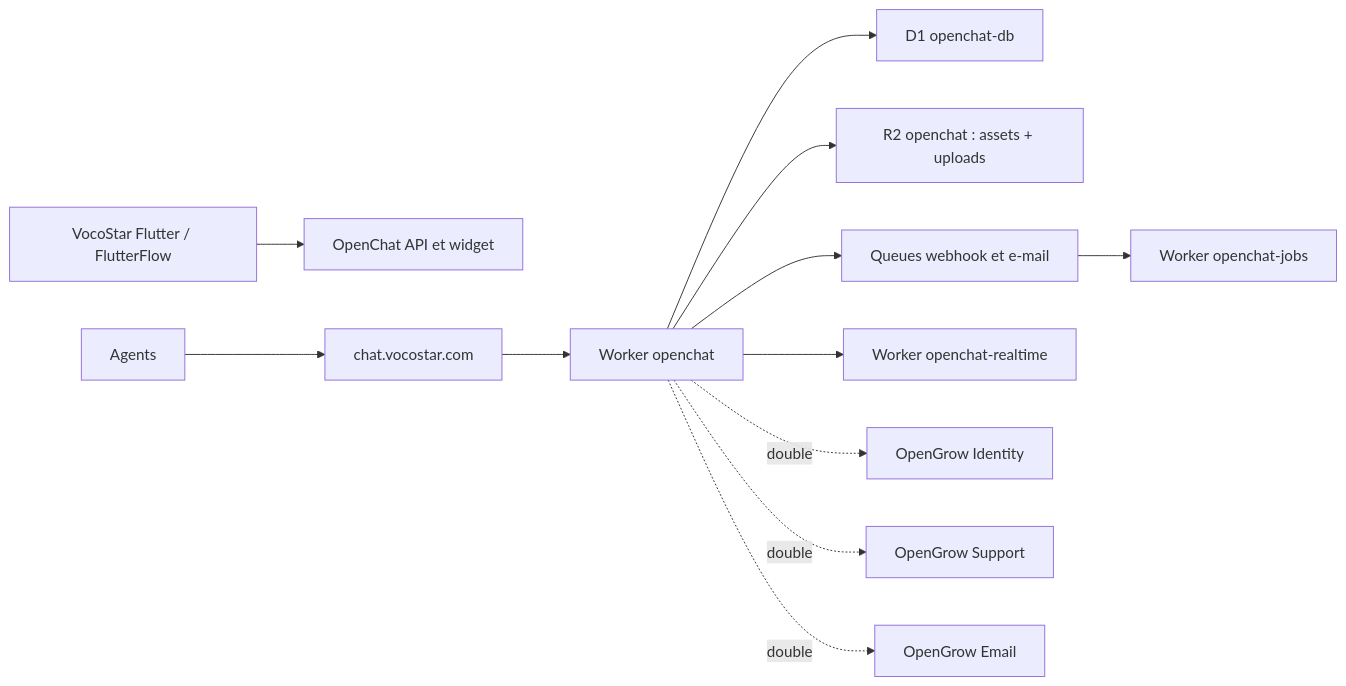
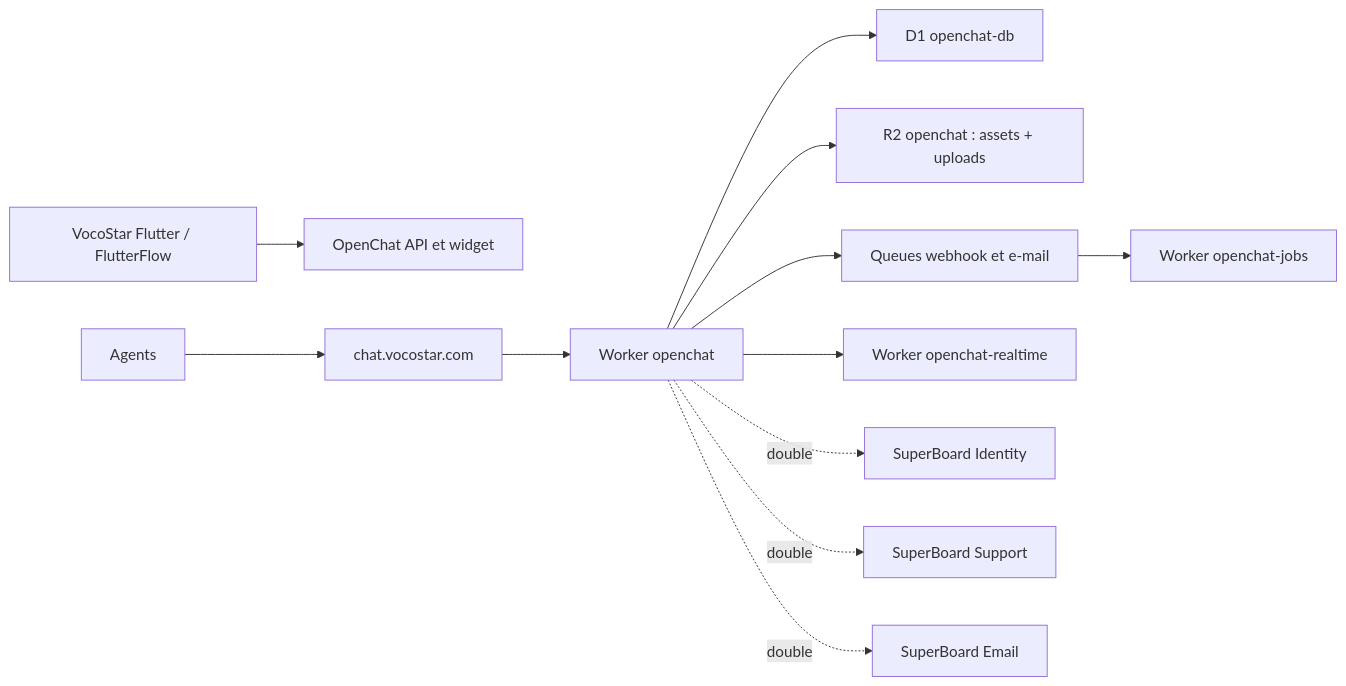
One commit to mabzadev/superboard changed the first of 2 diagrams in docs/OPENCHAT_SUPPORT_CONVERGENCE.md. Above: the diagram before and after it, drawn with Mermaid. The commit also changed other lines of this file and 528 other files, not shown here.

First line of the commit message:
feat: migrate OpenGrow platform to SuperBoard

````diff
--- a/docs/OPENCHAT_SUPPORT_CONVERGENCE.md
+++ b/docs/OPENCHAT_SUPPORT_CONVERGENCE.md
@@ -113,14 +113,14 @@
 ```mermaid
 flowchart LR
   mobile["VocoStar Flutter / FlutterFlow"] --> legacy["OpenChat API et widget"]
   agents["Agents"] --> chat["chat.vocostar.com"]
   chat --> app["Worker openchat"]
   app --> db["D1 openchat-db"]
   app --> r2["R2 openchat : assets + uploads"]
   app --> q1["Queues webhook et e-mail"]
   app --> rt["Worker openchat-realtime"]
   q1 --> jobs["Worker openchat-jobs"]
-  app -. double .-> identity["OpenGrow Identity"]
-  app -. double .-> support["OpenGrow Support"]
-  app -. double .-> email["OpenGrow Email"]
+  app -. double .-> identity["SuperBoard Identity"]
+  app -. double .-> support["SuperBoard Support"]
+  app -. double .-> email["SuperBoard Email"]
 ```
````
